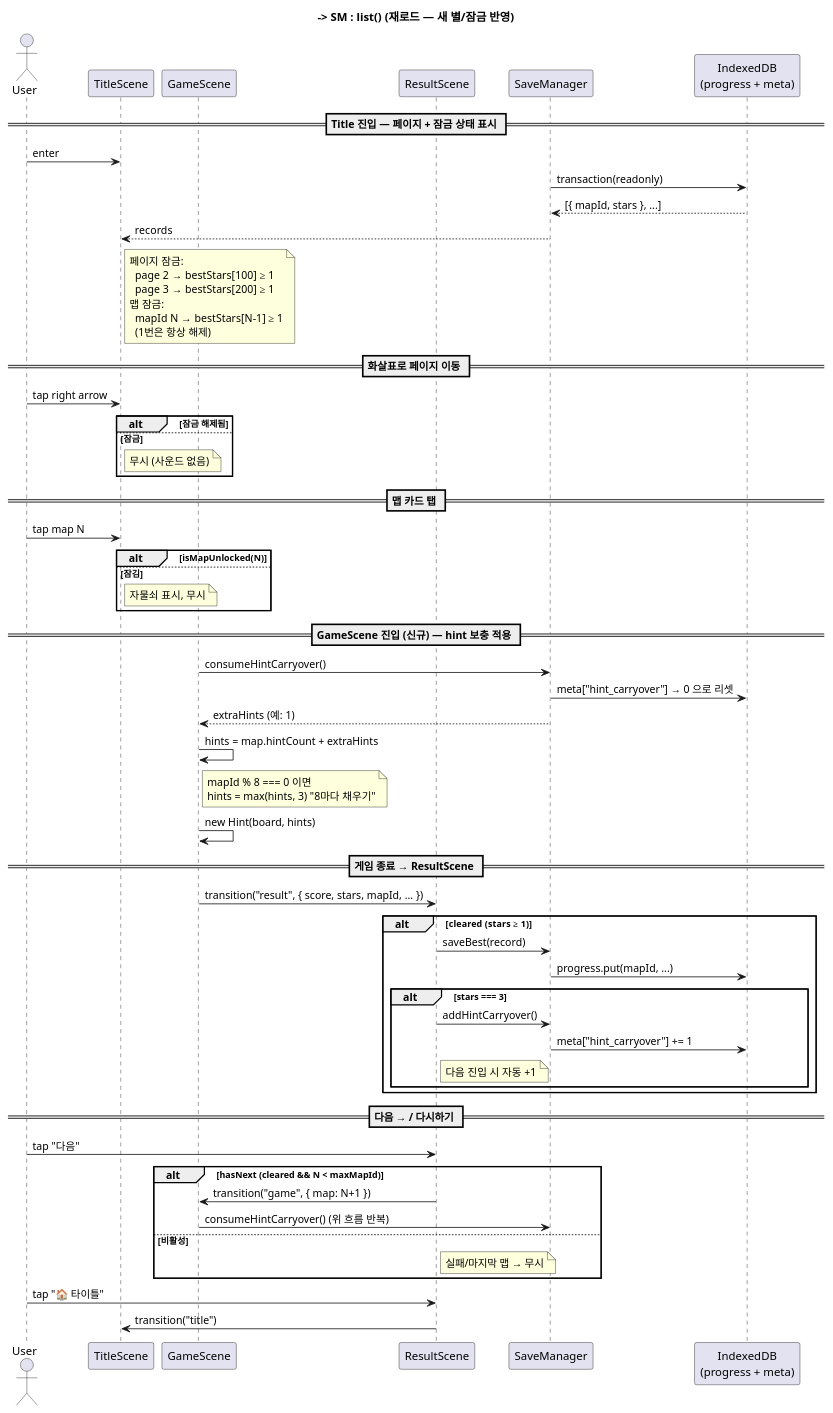
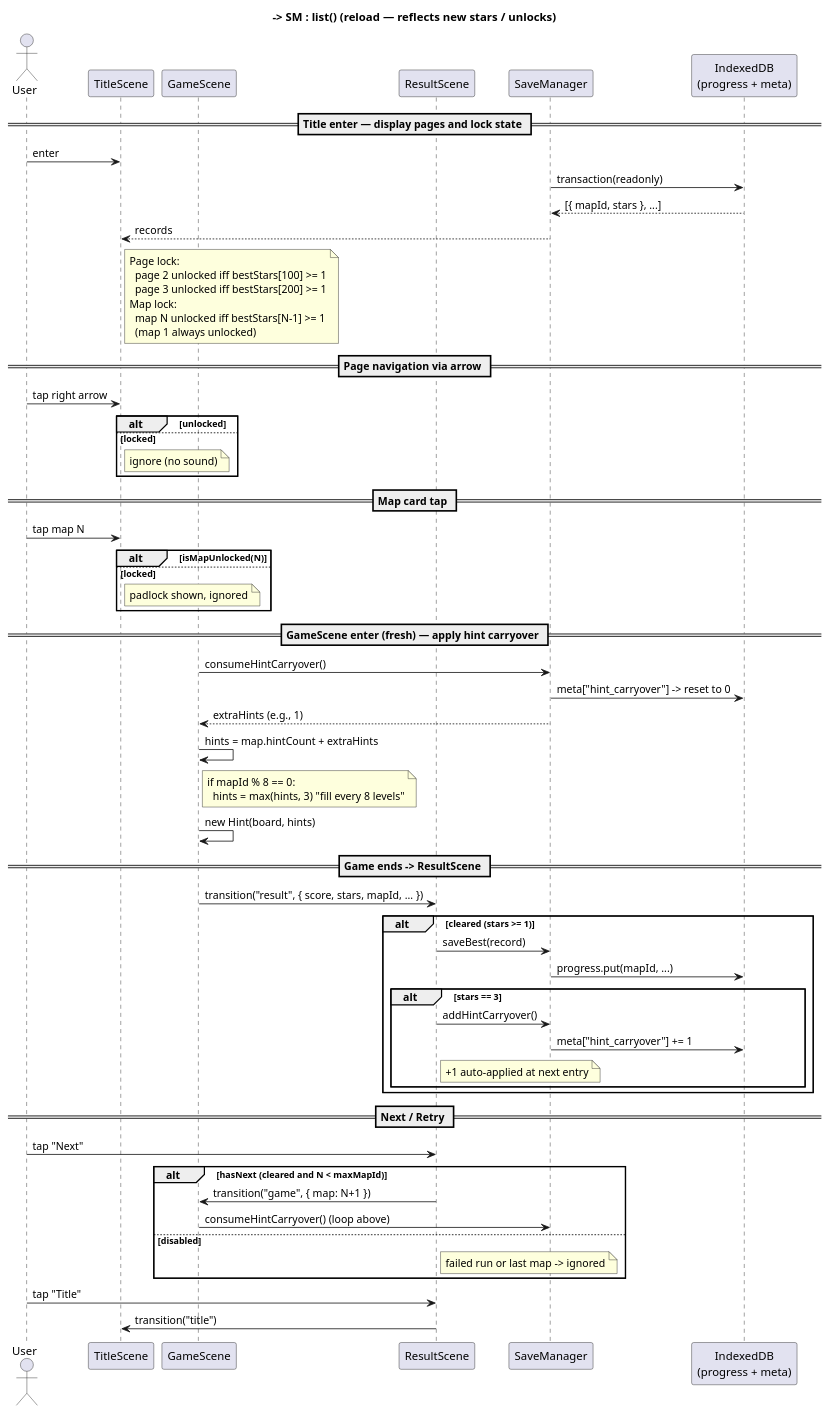
Before and after one commit to chobocho/make10: the diagram in docs/uml/sequence-progression.puml, drawn with PlantUML. The commit also changed 6 other files, not shown here.

First line of the commit message:
[docs] UML 본문을 모두 영어로 일관

```diff
--- a/docs/uml/sequence-progression.puml
+++ b/docs/uml/sequence-progression.puml
@@ -1,78 +1,78 @@
 @startuml sequence-progression
-title Level Progression — Sequential Lock + Page Gating + ★3 Hint Carryover
+title Level Progression — Sequential Lock + Page Gating + Three-Star Hint Carryover
 skinparam responseMessageBelowArrow true
 actor User
 participant "TitleScene" as Title
 participant "GameScene" as GS
 participant "ResultScene" as RS
 participant "SaveManager" as SM
 participant "IndexedDB\n(progress + meta)" as IDB
 
-== Title 진입 — 페이지 + 잠금 상태 표시 ==
+== Title enter — display pages and lock state ==
 User -> Title : enter
-Title -> SM : list() (progress 전체)
+Title -> SM : list() (all progress records)
 SM -> IDB : transaction(readonly)
 IDB --> SM : [{ mapId, stars }, ...]
 SM --> Title : records
-Title -> Title : page = 1 (1-100 표시)
+Title -> Title : page = 1 (shows 1-100)
 note right of Title
-  페이지 잠금:
-    page 2 → bestStars[100] ≥ 1
-    page 3 → bestStars[200] ≥ 1
-  맵 잠금:
-    mapId N → bestStars[N-1] ≥ 1
-    (1번은 항상 해제)
+  Page lock:
+    page 2 unlocked iff bestStars[100] >= 1
+    page 3 unlocked iff bestStars[200] >= 1
+  Map lock:
+    map N unlocked iff bestStars[N-1] >= 1
+    (map 1 always unlocked)
 end note
 
-== 화살표로 페이지 이동 ==
+== Page navigation via arrow ==
 User -> Title : tap right arrow
-alt 잠금 해제됨
+alt unlocked
   Title -> Title : page++ , scrollY = 0
-else 잠금
-  note right of Title : 무시 (사운드 없음)
+else locked
+  note right of Title : ignore (no sound)
 end
 
-== 맵 카드 탭 ==
+== Map card tap ==
 User -> Title : tap map N
 alt isMapUnlocked(N)
   Title -> GS : transition("game", { map })
-else 잠김
-  note right of Title : 자물쇠 표시, 무시
+else locked
+  note right of Title : padlock shown, ignored
 end
 
-== GameScene 진입 (신규) — hint 보충 적용 ==
+== GameScene enter (fresh) — apply hint carryover ==
 GS -> SM : consumeHintCarryover()
-SM -> IDB : meta["hint_carryover"] → 0 으로 리셋
-SM --> GS : extraHints (예: 1)
+SM -> IDB : meta["hint_carryover"] -> reset to 0
+SM --> GS : extraHints (e.g., 1)
 GS -> GS : hints = map.hintCount + extraHints
 note right of GS
-  mapId % 8 === 0 이면
-  hints = max(hints, 3) "8마다 채우기"
+  if mapId % 8 == 0:
+    hints = max(hints, 3) "fill every 8 levels"
 end note
 GS -> GS : new Hint(board, hints)
 
-== 게임 종료 → ResultScene ==
+== Game ends -> ResultScene ==
 GS -> RS : transition("result", { score, stars, mapId, ... })
-alt cleared (stars ≥ 1)
+alt cleared (stars >= 1)
   RS -> SM : saveBest(record)
   SM -> IDB : progress.put(mapId, ...)
-  alt stars === 3
+  alt stars == 3
     RS -> SM : addHintCarryover()
     SM -> IDB : meta["hint_carryover"] += 1
-    note right of RS : 다음 진입 시 자동 +1
+    note right of RS : +1 auto-applied at next entry
   end
 end
 
-== 다음 → / 다시하기 ==
-User -> RS : tap "다음"
-alt hasNext (cleared && N < maxMapId)
+== Next / Retry ==
+User -> RS : tap "Next"
+alt hasNext (cleared and N < maxMapId)
   RS -> GS : transition("game", { map: N+1 })
-  GS -> SM : consumeHintCarryover() (위 흐름 반복)
-else 비활성
-  note right of RS : 실패/마지막 맵 → 무시
+  GS -> SM : consumeHintCarryover() (loop above)
+else disabled
+  note right of RS : failed run or last map -> ignored
 end
 
-User -> RS : tap "🏠 타이틀"
+User -> RS : tap "Title"
 RS -> Title : transition("title")
-Title -> SM : list() (재로드 — 새 별/잠금 반영)
+Title -> SM : list() (reload — reflects new stars / unlocks)
 @enduml
```
